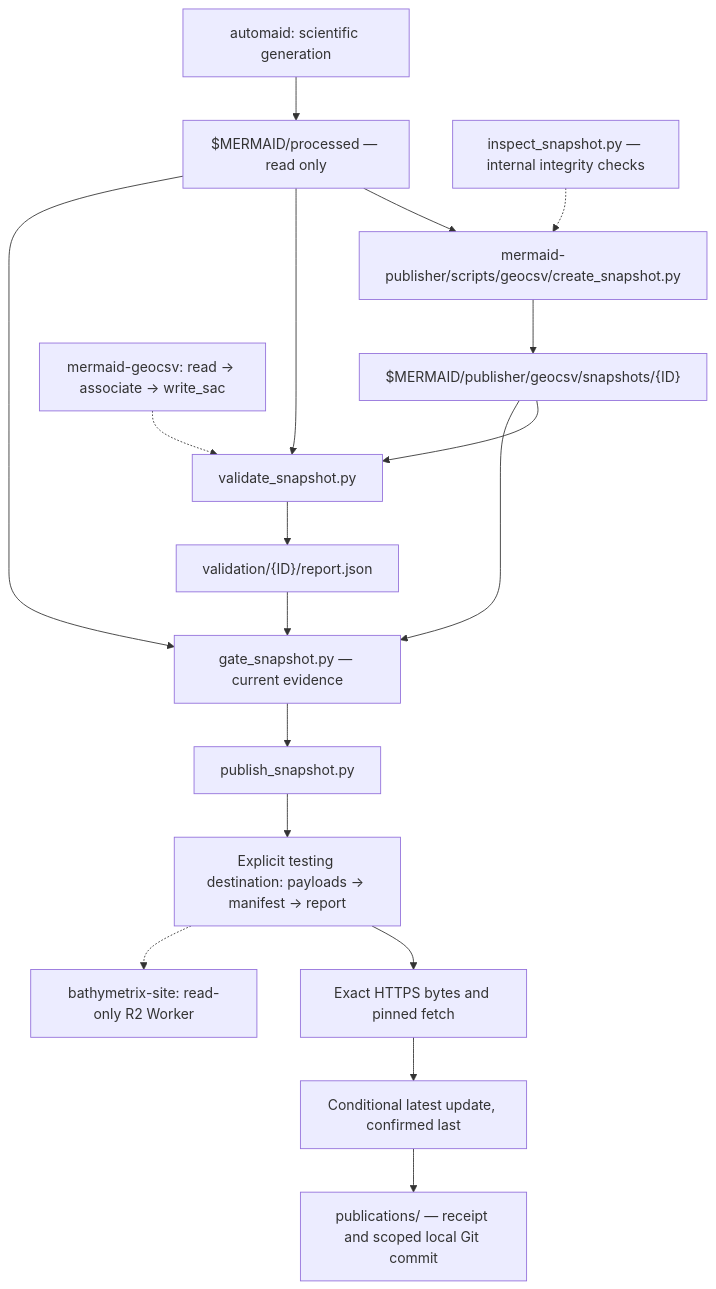
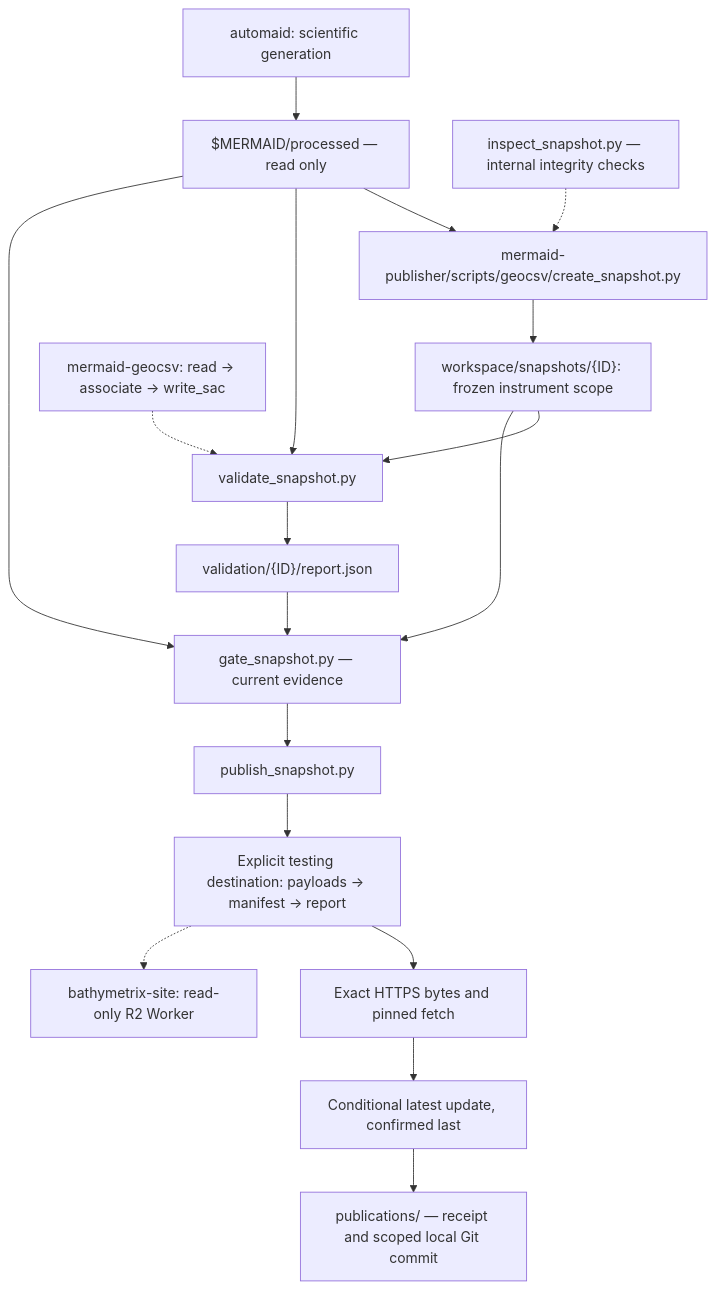
One commit to Bathymetrix/mermaid-publisher changed the diagram in docs/geocsv/WORKFLOW.md. Above: the diagram before and after it, drawn with Mermaid. The commit also changed other lines of this file and 10 other files, not shown here.

Commit message:
geocsv: freeze instrument selection at snapshot creation

````diff
--- a/docs/geocsv/WORKFLOW.md
+++ b/docs/geocsv/WORKFLOW.md
@@ -9,20 +9,20 @@
 ```mermaid
 flowchart TB
     upstream["automaid: scientific generation"] --> source["$MERMAID/processed — read only"]
     source --> create["mermaid-publisher/scripts/geocsv/create_snapshot.py"]
     inspect["inspect_snapshot.py — internal integrity checks"] -.-> create
-    create --> snapshot["$MERMAID/publisher/geocsv/snapshots/{ID}"]
+    create --> snapshot["workspace/snapshots/{ID}: frozen instrument scope"]
     snapshot --> validate["validate_snapshot.py"]
     source --> validate
     api["mermaid-geocsv: read → associate → write_sac"] -.-> validate
     validate --> report["validation/{ID}/report.json"]
     report --> gate["gate_snapshot.py — current evidence"]
     snapshot --> gate
     source --> gate
     gate --> publish["publish_snapshot.py"]
     publish --> objects["Explicit testing destination: payloads → manifest → report"]
     objects --> checks["Exact HTTPS bytes and pinned fetch"]
     checks --> latest["Conditional latest update, confirmed last"]
     latest --> receipt["publications/ — receipt and scoped local Git commit"]
     objects -.-> host["bathymetrix-site: read-only R2 Worker"]
 ```
````
